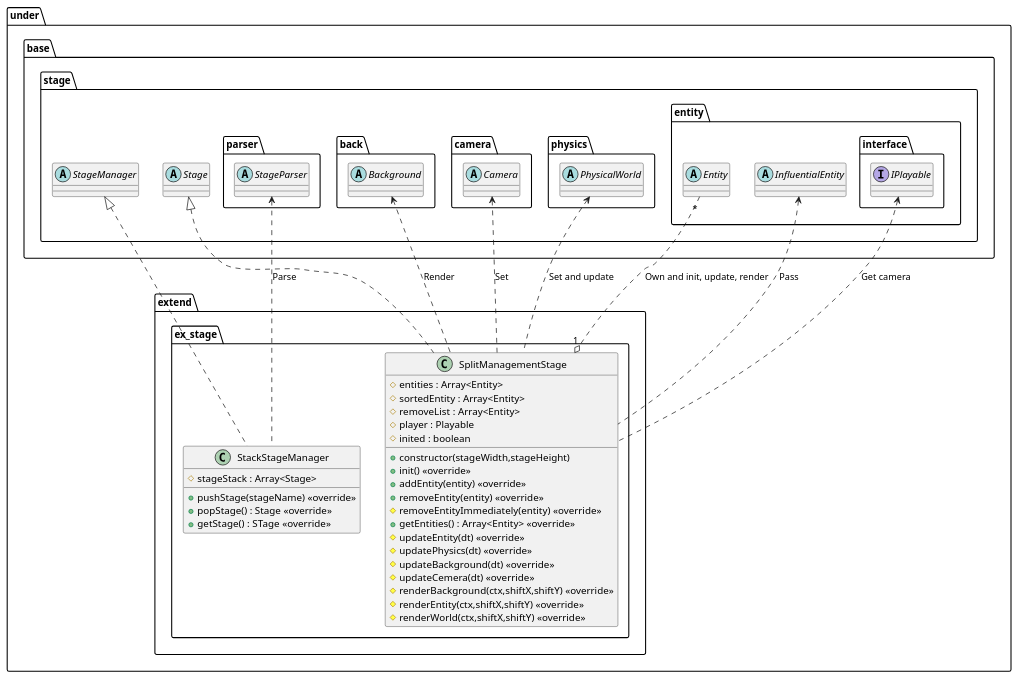
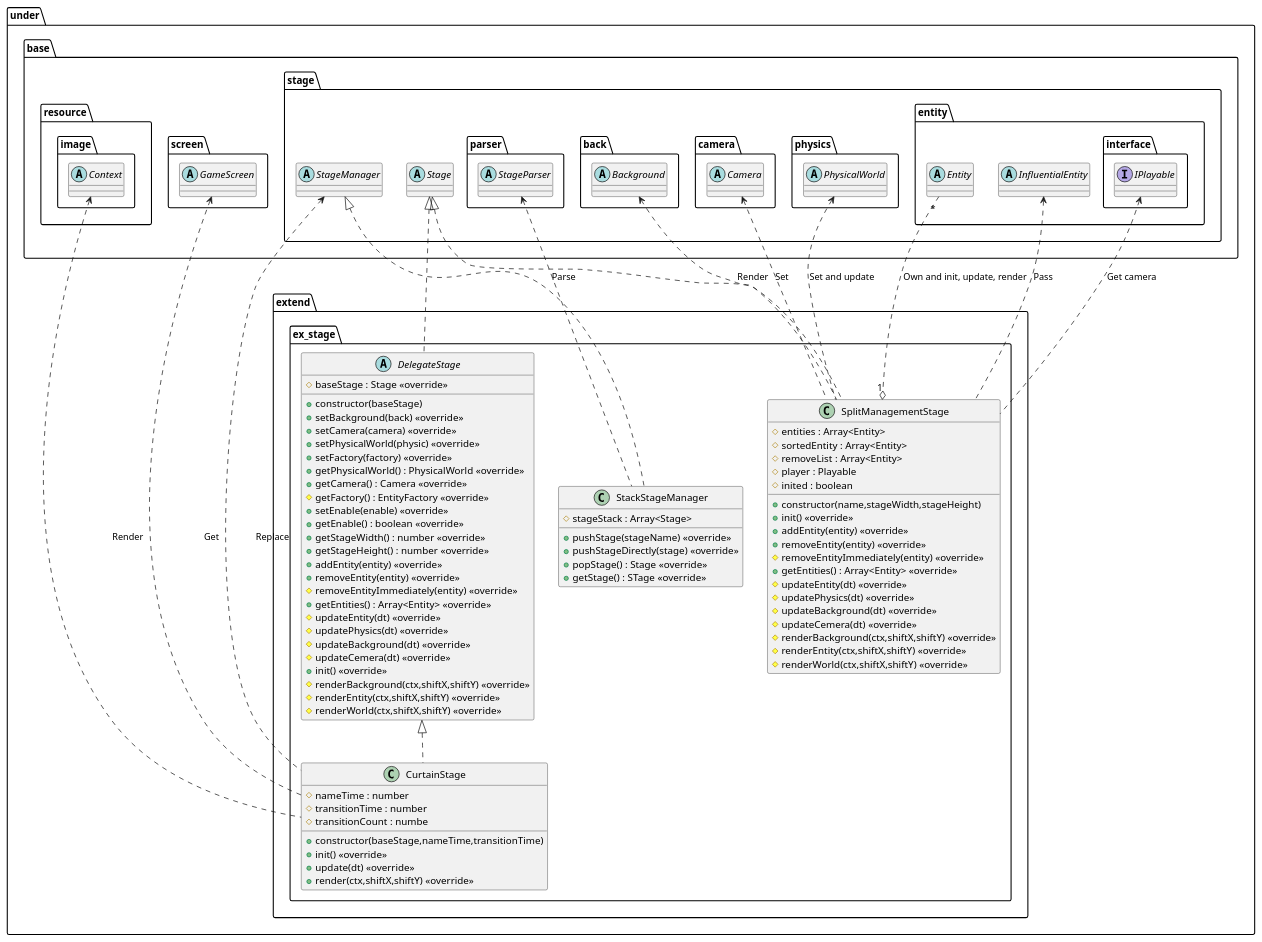
One commit to Expine/Under changed the diagram in uml/stage/Extend.wsd. Above: the diagram before and after it, drawn with PlantUML. The commit also changed 23 other files, not shown here.

Commit message:
Add transition of stage

```diff
--- a/uml/stage/Extend.wsd
+++ b/uml/stage/Extend.wsd
@@ -1,74 +1,125 @@
 @startuml StageExtend
 package under {
     package extend {
         package ex_stage {
             class StackStageManager {
                 #stageStack : Array<Stage>
                 +pushStage(stageName) <<override>>
+                +pushStageDirectly(stage) <<override>>
                 +popStage() : Stage <<override>>
                 +getStage() : STage <<override>>
             }
             class SplitManagementStage {
-                +constructor(stageWidth,stageHeight)
+                +constructor(name,stageWidth,stageHeight)
                 #entities : Array<Entity>
                 #sortedEntity : Array<Entity>
                 #removeList : Array<Entity>
                 #player : Playable
                 #inited : boolean
                 +init() <<override>>
                 +addEntity(entity) <<override>>
                 +removeEntity(entity) <<override>>
                 #removeEntityImmediately(entity) <<override>>
                 +getEntities() : Array<Entity> <<override>>
                 #updateEntity(dt) <<override>>
                 #updatePhysics(dt) <<override>>
                 #updateBackground(dt) <<override>>
                 #updateCemera(dt) <<override>>
                 #renderBackground(ctx,shiftX,shiftY) <<override>>
                 #renderEntity(ctx,shiftX,shiftY) <<override>>
                 #renderWorld(ctx,shiftX,shiftY) <<override>>
             }
+            abstract DelegateStage {
+                +constructor(baseStage)
+                #baseStage : Stage <<override>>
+                +setBackground(back) <<override>>
+                +setCamera(camera) <<override>>
+                +setPhysicalWorld(physic) <<override>>
+                +setFactory(factory) <<override>>
+                +getPhysicalWorld() : PhysicalWorld <<override>>
+                +getCamera() : Camera <<override>>
+                #getFactory() : EntityFactory <<override>>
+                +setEnable(enable) <<override>>
+                +getEnable() : boolean <<override>>
+                +getStageWidth() : number <<override>>
+                +getStageHeight() : number <<override>>
+                +addEntity(entity) <<override>>
+                +removeEntity(entity) <<override>>
+                #removeEntityImmediately(entity) <<override>>
+                +getEntities() : Array<Entity> <<override>>
+                #updateEntity(dt) <<override>>
+                #updatePhysics(dt) <<override>>
+                #updateBackground(dt) <<override>>
+                #updateCemera(dt) <<override>>
+                +init() <<override>>
+                #renderBackground(ctx,shiftX,shiftY) <<override>>
+                #renderEntity(ctx,shiftX,shiftY) <<override>>
+                #renderWorld(ctx,shiftX,shiftY) <<override>>
+            }
+            class CurtainStage {
+                +constructor(baseStage,nameTime,transitionTime)
+                #nameTime : number
+                #transitionTime : number
+                #transitionCount : numbe
+                +init() <<override>>
+                +update(dt) <<override>>
+                +render(ctx,shiftX,shiftY) <<override>>
+            }
         }
     }
 }
 
 package under {
     package base {
+        package resource {
+            package image {
+                abstract Context
+            }
+        }
+        package screen {
+            abstract GameScreen
+        }
         package stage {
             abstract Stage
             abstract StageManager
             package parser {
                 abstract StageParser
             }
             package back {
                 abstract Background
             }
             package camera {
                 abstract Camera
             }
             package physics {
                 abstract PhysicalWorld
             }
             package entity {
                 package interface {
                     interface IPlayable
                 }
                 abstract Entity
                 abstract InfluentialEntity
             }
         }
     }
 }
 
 StageParser <.. StackStageManager : Parse
 Entity "*" ..o "1" SplitManagementStage : Own and init, update, render
 IPlayable <.. SplitManagementStage : Get camera
 InfluentialEntity <.. SplitManagementStage : Pass
 Camera <.. SplitManagementStage : Set
 Background <.. SplitManagementStage : Render
 PhysicalWorld <.. SplitManagementStage : Set and update
 
+StageManager <.. CurtainStage : Replace
+GameScreen <.. CurtainStage : Get
+Context <.. CurtainStage : Render
+
 StageManager <|.. StackStageManager
 Stage <|.. SplitManagementStage
+Stage <|.. DelegateStage
+DelegateStage <|.. CurtainStage
 
 @enduml
```
